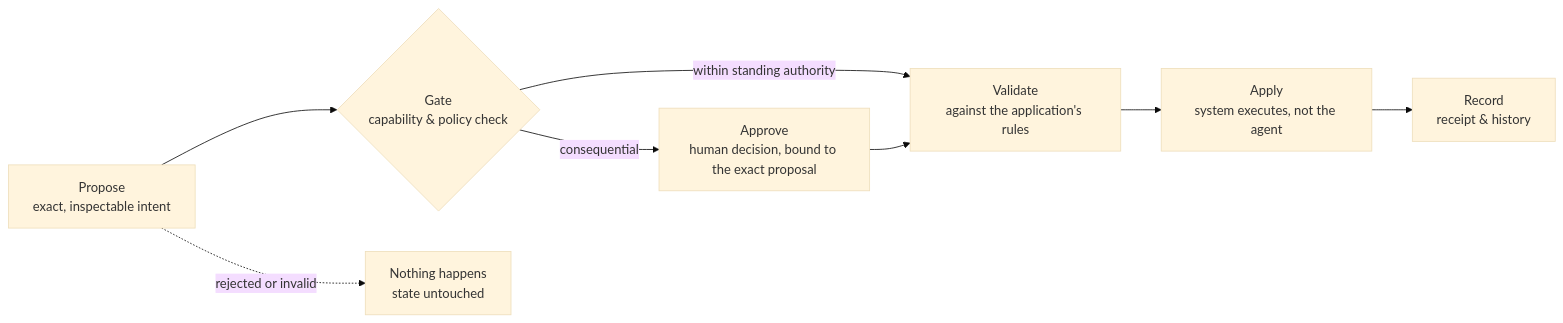
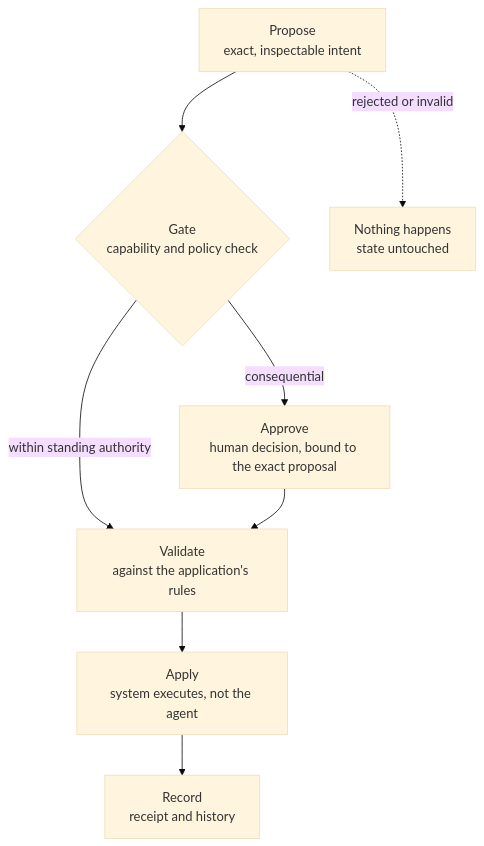
One commit to lennertvhoy/StatePort-Site changed the diagram in assets/diagrams/src/paper/stateware-whitepaper-candidate-v1-2-06.mmd. Above: the diagram before and after it, drawn with Mermaid (base theme). The commit also changed 15 other files, not shown here.

First line of the commit message:
papers: phone-readable static diagrams for the earlier 1.2 draft; keep Publication note label

```diff
--- a/assets/diagrams/src/paper/stateware-whitepaper-candidate-v1-2-06.mmd
+++ b/assets/diagrams/src/paper/stateware-whitepaper-candidate-v1-2-06.mmd
@@ -1,8 +1,10 @@
-flowchart LR
-    P[Propose<br/>exact, inspectable intent] --> G{Gate<br/>capability & policy check}
-    G -->|within standing authority| V[Validate<br/>against the application's rules]
-    G -->|consequential| A[Approve<br/>human decision, bound to the exact proposal]
+flowchart TB
+    accTitle: Every consequential change travels one pipeline
+    accDescr: The assistant proposes an exact, inspectable intent. A gate checks capability and policy. Changes within standing authority go straight to validation; consequential changes first need a human approval bound to the exact proposal. After validation, the system, not the agent, applies the change and records a receipt. A rejected or invalid proposal leaves state untouched.
+    P["Propose<br/>exact, inspectable intent"] --> G{"Gate<br/>capability and policy check"}
+    G -->|"within standing authority"| V["Validate<br/>against the application's rules"]
+    G -->|"consequential"| A["Approve<br/>human decision, bound to the exact proposal"]
     A --> V
-    V --> AP[Apply<br/>system executes, not the agent]
-    AP --> R[Record<br/>receipt & history]
-    P -.->|rejected or invalid| X[Nothing happens<br/>state untouched]
+    V --> AP["Apply<br/>system executes, not the agent"]
+    AP --> R["Record<br/>receipt and history"]
+    P -.->|"rejected or invalid"| X["Nothing happens<br/>state untouched"]
```
